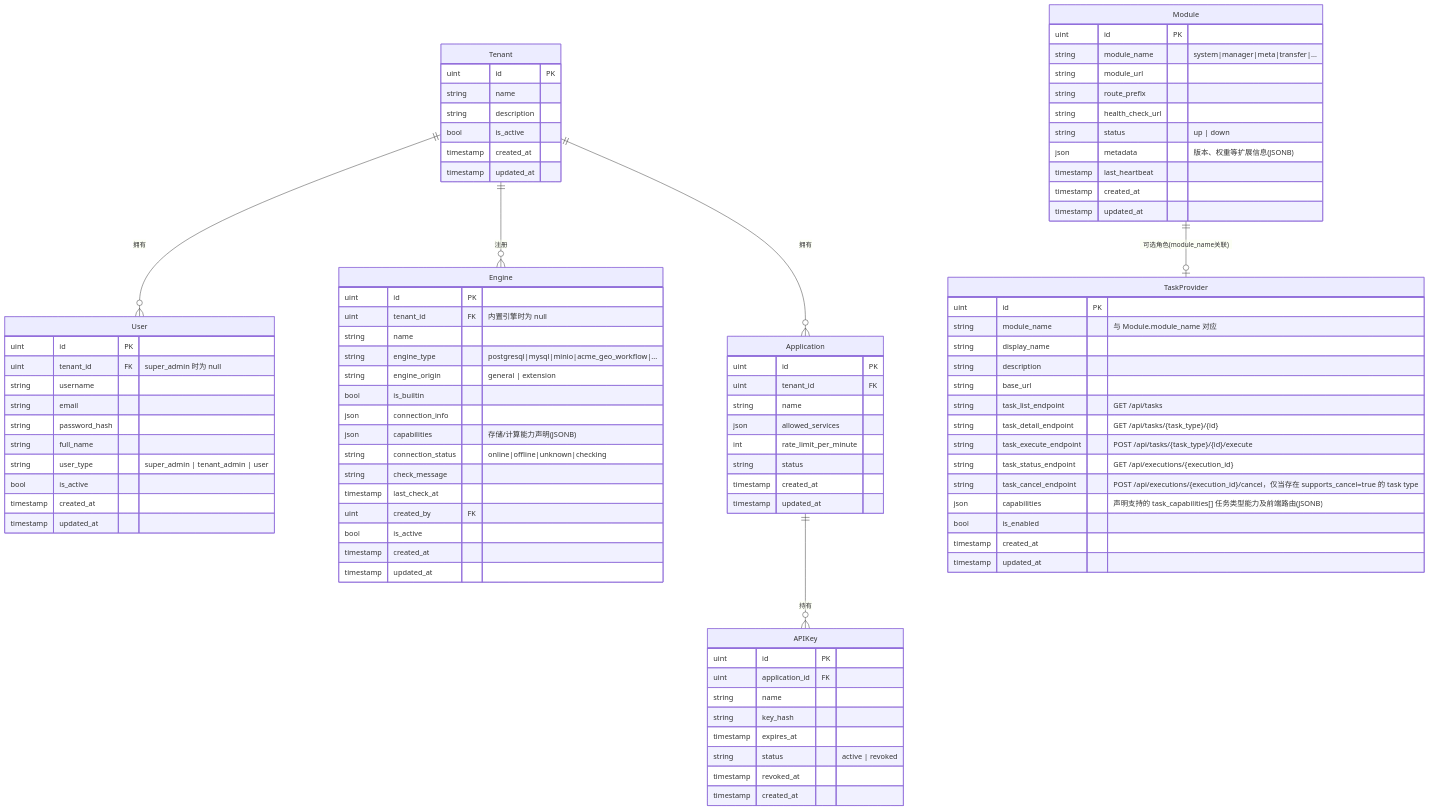
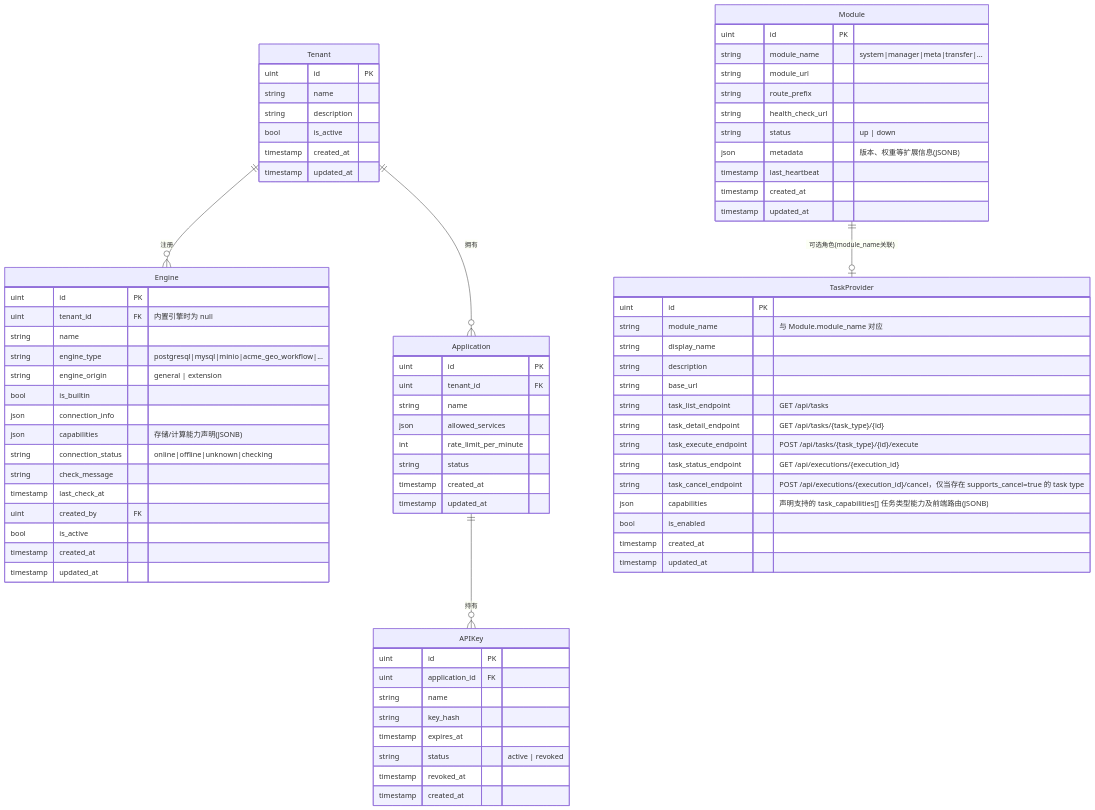
Before and after one commit to pampa0629/addp: the first of 9 diagrams in docs/concepts/addp核心对象ER图（元模型）.md, drawn with Mermaid. The commit also changed other lines of this file and 44 other files, not shown here.

```diff
--- a/docs/concepts/addp核心对象ER图（元模型）.md
+++ b/docs/concepts/addp核心对象ER图（元模型）.md
@@ -215,19 +224,6 @@
         uint id PK
         string name
         string description
-        bool is_active
-        timestamp created_at
-        timestamp updated_at
-    }
-
-    User {
-        uint id PK
-        uint tenant_id FK "super_admin 时为 null"
-        string username
-        string email
-        string password_hash
-        string full_name
-        string user_type "super_admin | tenant_admin | user"
         bool is_active
         timestamp created_at
         timestamp updated_at
@@ -303,7 +299,6 @@
         timestamp created_at
     }
 
-    Tenant ||--o{ User : "拥有"
     Tenant ||--o{ Engine : "注册"
     Tenant ||--o{ Application : "拥有"
     Application ||--o{ APIKey : "持有"
```
